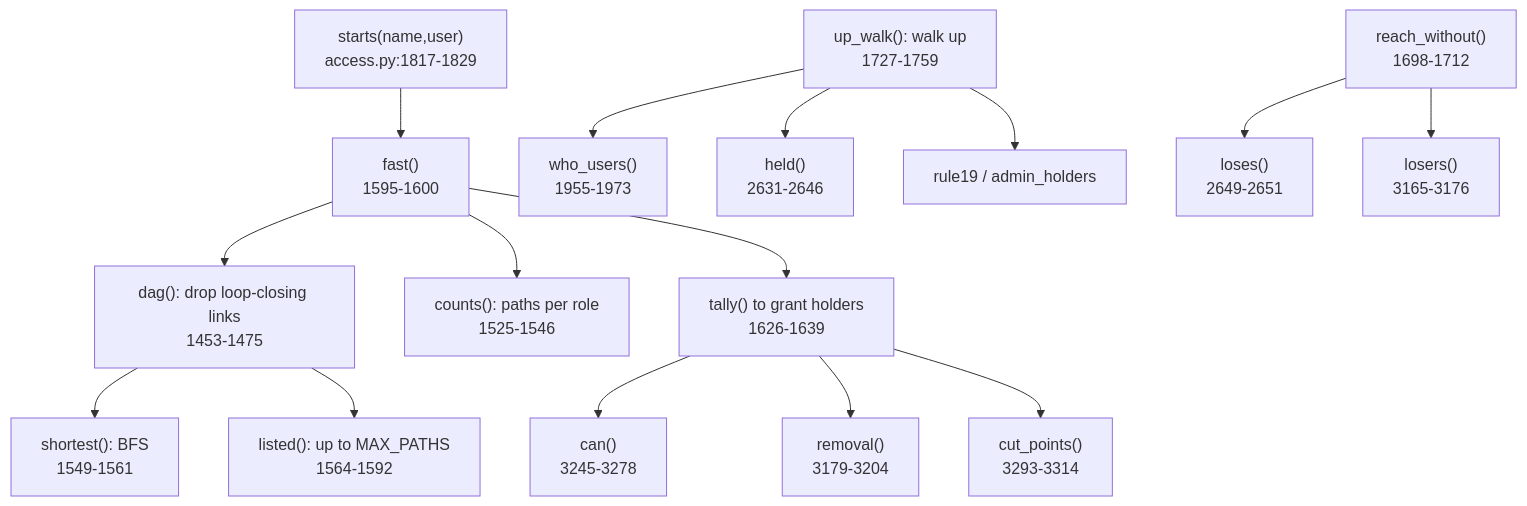
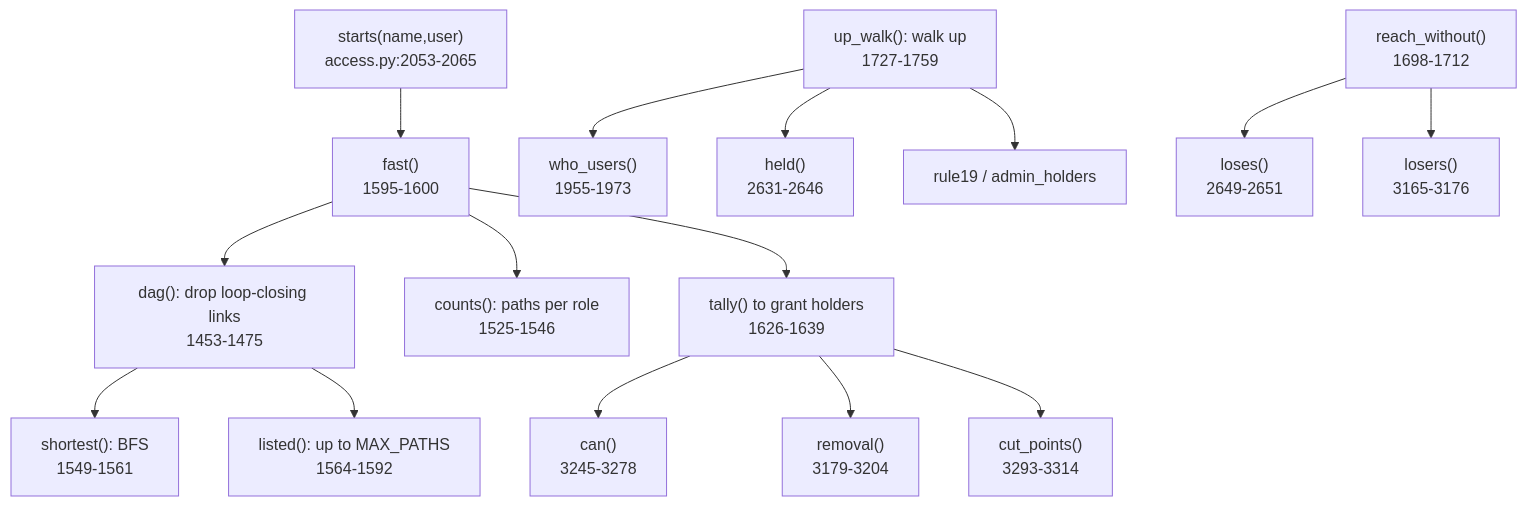
The diagram in snowflake-access-explorer-knowledge-graph/logic/walks.md (darshanmeel/snowflake-access-explorer), drawn with Mermaid before and after one commit. The commit also changed other lines of this file and 82 other files, not shown here.

Commit message:
Knowledge graph: parts store, two-stage load, background refresh, DuckDB rule walk, kept rule results, review fixes (to 448bdbb)

````diff
--- a/snowflake-access-explorer-knowledge-graph/logic/walks.md
+++ b/snowflake-access-explorer-knowledge-graph/logic/walks.md
@@ -6,17 +6,17 @@
 ```mermaid
 flowchart TD
-  ST["starts(name,user)<br/>access.py:1817-1829"] --> FA["fast()<br/>1595-1600"]
+  ST["starts(name,user)<br/>access.py:2053-2065"] --> FA["fast()<br/>1595-1600"]
   FA --> DAG["dag(): drop loop-closing links<br/>1453-1475"]
   FA --> CNT["counts(): paths per role<br/>1525-1546"]
   DAG --> SH["shortest(): BFS<br/>1549-1561"]
   DAG --> LI["listed(): up to MAX_PATHS<br/>1564-1592"]
   FA --> TA["tally() to grant holders<br/>1626-1639"]
   TA --> CAN["can()<br/>3245-3278"]
   TA --> REM["removal()<br/>3179-3204"]
   TA --> CUT["cut_points()<br/>3293-3314"]
   UW["up_walk(): walk up<br/>1727-1759"] --> WU["who_users()<br/>1955-1973"]
   UW --> HE["held()<br/>2631-2646"]
   UW --> R19["rule19 / admin_holders"]
   RW["reach_without()<br/>1698-1712"] --> LO["loses()<br/>2649-2651"]
   RW --> LS["losers()<br/>3165-3176"]
 ```
````
